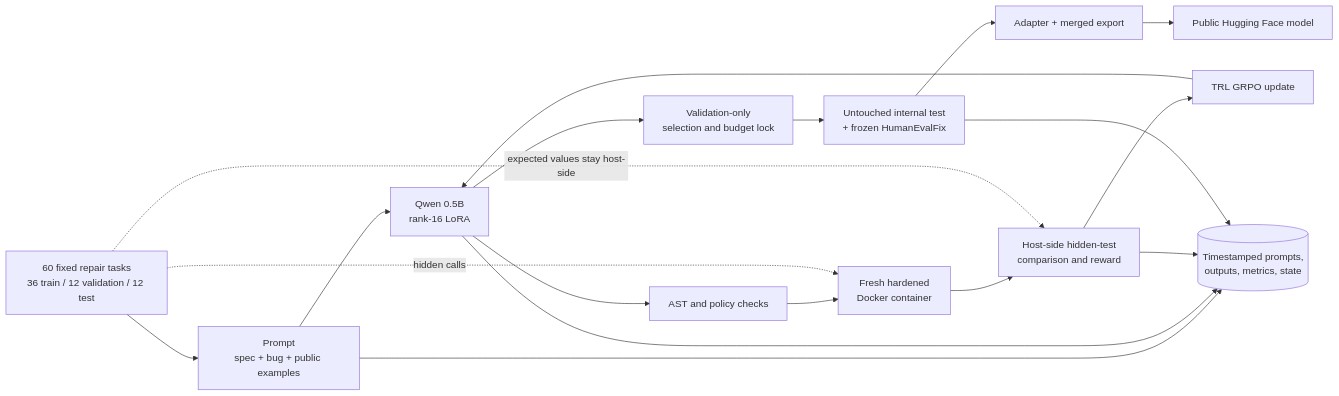
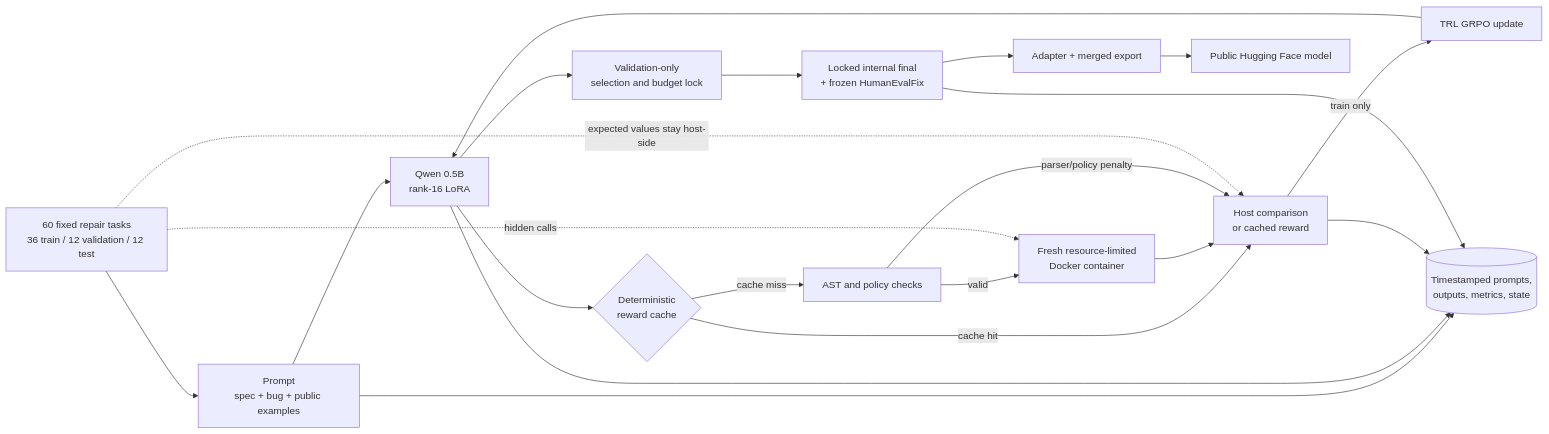
Before and after one commit to BurnyCoder/llm-rl-software-engineering: the diagram in README.md, drawn with Mermaid. The commit also changed other lines of this file and 21 other files, not shown here.

````diff
--- a/README.md
+++ b/README.md
@@ -13,24 +13,30 @@
 ```mermaid
 flowchart LR
     C[60 fixed repair tasks<br/>36 train / 12 validation / 12 test]
     P[Prompt<br/>spec + bug + public examples]
     M[Qwen 0.5B<br/>rank-16 LoRA]
     A[AST and policy checks]
-    D[Fresh hardened<br/>Docker container]
-    R[Host-side hidden-test<br/>comparison and reward]
+    K{Deterministic<br/>reward cache}
+    D[Fresh resource-limited<br/>Docker container]
+    R[Host comparison<br/>or cached reward]
     G[TRL GRPO update]
     V[Validation-only<br/>selection and budget lock]
-    F[Untouched internal test<br/>+ frozen HumanEvalFix]
+    F[Locked internal final<br/>+ frozen HumanEvalFix]
     X[Adapter + merged export]
     H[Public Hugging Face model]
     L[(Timestamped prompts,<br/>outputs, metrics, state)]
 
-    C --> P --> M --> A --> D --> R --> G --> M
+    C --> P --> M --> K
+    K -->|cache miss| A
+    K -->|cache hit| R
+    A -->|valid| D --> R
+    R -->|train only| G --> M
+    A -->|parser/policy penalty| R
     C -. hidden calls .-> D
     C -. expected values stay host-side .-> R
     M --> V --> F --> X --> H
     P --> L
     M --> L
     R --> L
     F --> L
 ```
````
